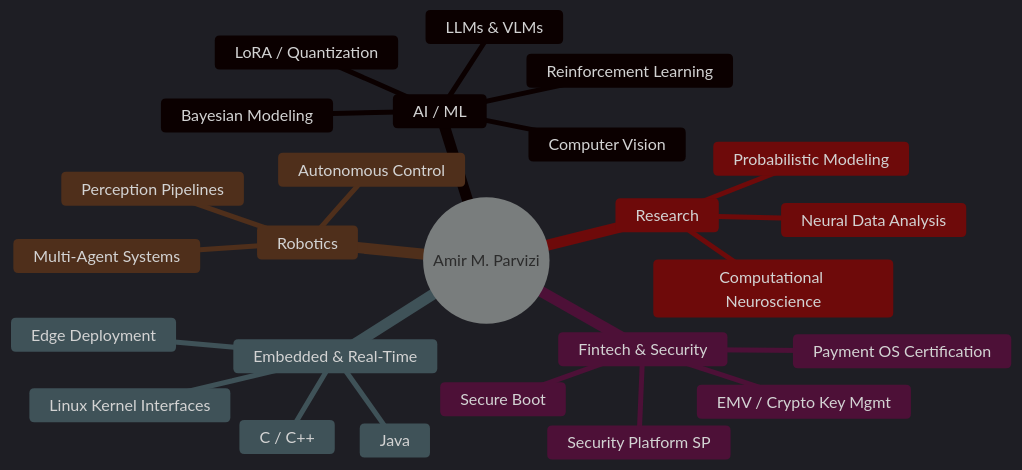
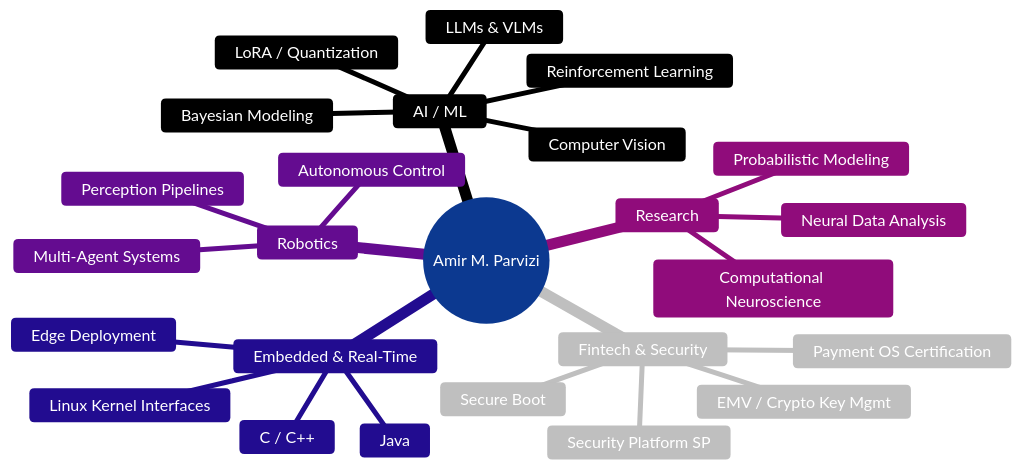
Before and after one commit to Awrsha/Awrsha: the second of 3 diagrams in README.md, drawn with Mermaid. The commit also changed other lines of this file, not shown here.

````diff
--- a/README.md
+++ b/README.md
@@ -267,29 +268,29 @@
 ```mermaid
-%%{init: {'theme': 'dark'}}%%
+%%{init: {'theme': 'base', 'themeVariables': {'primaryColor': '#2F6FED', 'primaryTextColor': '#FFFFFF', 'primaryBorderColor': '#F2A93B', 'lineColor': '#8A8F98', 'secondaryColor': '#0B0B0F', 'tertiaryColor': '#FFFFFF', 'background': '#0B0B0F'}}}%%
 mindmap
   root((Amir M. Parvizi))
     AI / ML
       Computer Vision
       LLMs & VLMs
       Reinforcement Learning
       Bayesian Modeling
       LoRA / Quantization
     Fintech & Security
       Payment OS Certification
       Security Platform SP
       EMV / Crypto Key Mgmt
       Secure Boot
     Embedded & Real-Time
       C / C++
       Java
       Linux Kernel Interfaces
       Edge Deployment
     Robotics
       Perception Pipelines
       Multi-Agent Systems
       Autonomous Control
     Research
       Computational Neuroscience
       Probabilistic Modeling
       Neural Data Analysis
 ```
````
